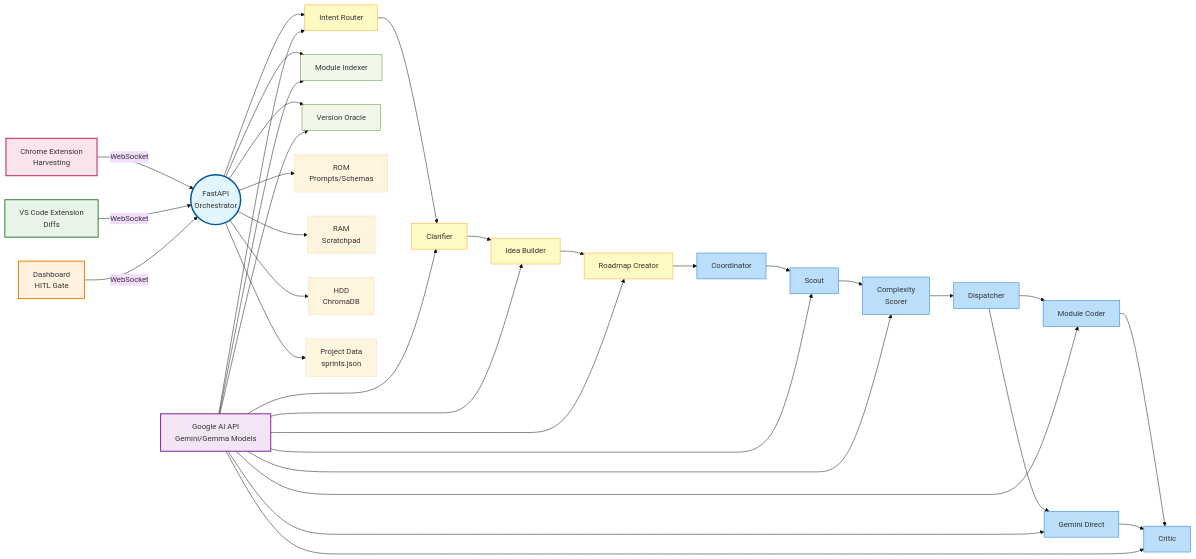
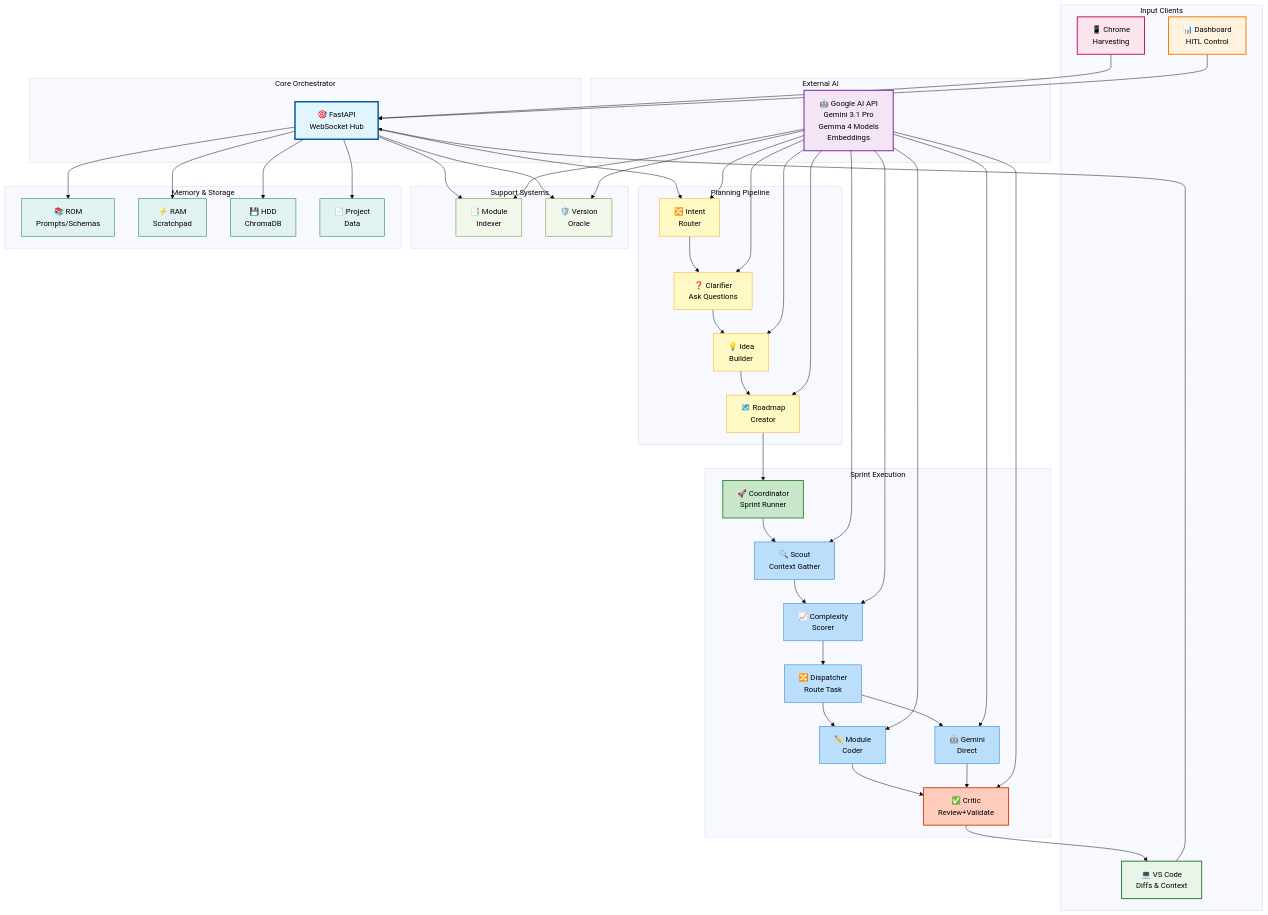
One commit to StudentBroken/D0mmy changed the diagram in README.md. Above: the diagram before and after it, drawn with Mermaid (base theme).

Commit message:
feat: enhance architecture diagram in README.md to improve clarity and detail of system components

````diff
--- a/README.md
+++ b/README.md
@@ -15,45 +15,61 @@
 ```mermaid
-graph LR
-    GA[Google AI API<br/>Gemini/Gemma Models]
+graph TD
+    subgraph "Input Clients"
+        CE["📱 Chrome<br/>Harvesting"]
+        VSC["💻 VS Code<br/>Diffs & Context"]
+        DB["📊 Dashboard<br/>HITL Control"]
+    end
     
-    CE[Chrome Extension<br/>Harvesting]
-    VSC[VS Code Extension<br/>Diffs]
-    DB[Dashboard<br/>HITL Gate]
+    subgraph "Core Orchestrator"
+        FO["🎯 FastAPI<br/>WebSocket Hub"]
+    end
     
-    ce((FastAPI<br/>Orchestrator))
+    subgraph "Planning Pipeline"
+        IR["🔀 Intent<br/>Router"]
+        CL["❓ Clarifier<br/>Ask Questions"]
+        IB["💡 Idea<br/>Builder"]
+        RC["🗺️ Roadmap<br/>Creator"]
+    end
     
-    IR[Intent Router]
-    CL[Clarifier]
-    IB[Idea Builder]
-    RC[Roadmap Creator]
+    subgraph "Sprint Execution"
+        CO["🚀 Coordinator<br/>Sprint Runner"]
+        SC["🔍 Scout<br/>Context Gather"]
+        CS["📈 Complexity<br/>Scorer"]
+        DP["🔀 Dispatcher<br/>Route Task"]
+        MC["✏️ Module<br/>Coder"]
+        GD["🤖 Gemini<br/>Direct"]
+        CR["✅ Critic<br/>Review+Validate"]
+    end
     
-    CO[Coordinator]
-    SC[Scout]
-    CS[Complexity<br/>Scorer]
-    DP[Dispatcher]
-    MC[Module Coder]
-    GD[Gemini Direct]
-    CR[Critic]
+    subgraph "Support Systems"
+        MI["📑 Module<br/>Indexer"]
+        VO["🛡️ Version<br/>Oracle"]
+    end
     
-    MI[Module Indexer]
-    VO[Version Oracle]
+    subgraph "Memory & Storage"
+        ROM["📚 ROM<br/>Prompts/Schemas"]
+        RAM["⚡ RAM<br/>Scratchpad"]
+        HDD["💾 HDD<br/>ChromaDB"]
+        PD["📄 Project<br/>Data"]
+    end
     
-    ROM["ROM<br/>Prompts/Schemas"]
-    RAM["RAM<br/>Scratchpad"]
-    HDD["HDD<br/>ChromaDB"]
+    subgraph "External AI"
+        GA["🤖 Google AI API<br/>Gemini 3.1 Pro<br/>Gemma 4 Models<br/>Embeddings"]
+    end
     
-    PD["Project Data<br/>sprints.json"]
+    %% Input to Orchestrator
+    CE --> FO
+    VSC --> FO
+    DB --> FO
     
-    CE -->|WebSocket| ce
-    VSC -->|WebSocket| ce
-    DB -->|WebSocket| ce
-    
-    ce --> IR
+    %% Planning Pipeline
+    FO --> IR
     IR --> CL
     CL --> IB
     IB --> RC
+    RC --> CO
     
-    RC --> CO
+    %% Execution Pipeline
     CO --> SC
     SC --> CS
     CS --> DP
@@ -61,14 +77,19 @@
     DP --> GD
     MC --> CR
     GD --> CR
+    CR --> VSC
     
-    ce --> MI
-    ce --> VO
-    ce --> ROM
-    ce --> RAM
-    ce --> HDD
-    ce --> PD
+    %% Memory Access
+    FO --> ROM
+    FO --> RAM
+    FO --> HDD
+    FO --> PD
     
+    %% Support Systems
+    FO --> MI
+    FO --> VO
+    
+    %% AI Service Connections
     GA --> IR
     GA --> CL
     GA --> IB
@@ -81,22 +102,27 @@
     GA --> MI
     GA --> VO
     
-    style ce fill:#e1f5fe,stroke:#01579b,stroke-width:3px
-    style GA fill:#f3e5f5,stroke:#7b1fa2,stroke-width:2px
-    style VSC fill:#e8f5e8,stroke:#2e7d32,stroke-width:2px
-    style DB fill:#fff3e0,stroke:#f57c00,stroke-width:2px
-    style CE fill:#fce4ec,stroke:#c2185b,stroke-width:2px
-    style IR fill:#fff9c4,stroke:#f9a825
-    style CL fill:#fff9c4,stroke:#f9a825
-    style IB fill:#fff9c4,stroke:#f9a825
-    style RC fill:#fff9c4,stroke:#f9a825
-    style CO fill:#bbdefb,stroke:#1976d2
-    style SC fill:#bbdefb,stroke:#1976d2
-    style CS fill:#bbdefb,stroke:#1976d2
-    style DP fill:#bbdefb,stroke:#1976d2
-    style MC fill:#bbdefb,stroke:#1976d2
-    style GD fill:#bbdefb,stroke:#1976d2
-    style CR fill:#bbdefb,stroke:#1976d2
-    style MI fill:#f1f8e9,stroke:#558b2f
-    style VO fill:#f1f8e9,stroke:#558b2f
+    %% Styling
+    style FO fill:#e1f5fe,stroke:#01579b,stroke-width:3px,color:#000
+    style GA fill:#f3e5f5,stroke:#7b1fa2,stroke-width:2px,color:#000
+    style CE fill:#fce4ec,stroke:#c2185b,stroke-width:2px,color:#000
+    style VSC fill:#e8f5e8,stroke:#2e7d32,stroke-width:2px,color:#000
+    style DB fill:#fff3e0,stroke:#f57c00,stroke-width:2px,color:#000
+    style IR fill:#fff9c4,stroke:#f9a825,color:#000
+    style CL fill:#fff9c4,stroke:#f9a825,color:#000
+    style IB fill:#fff9c4,stroke:#f9a825,color:#000
+    style RC fill:#fff9c4,stroke:#f9a825,color:#000
+    style CO fill:#c8e6c9,stroke:#388e3c,stroke-width:2px,color:#000
+    style SC fill:#bbdefb,stroke:#1976d2,color:#000
+    style CS fill:#bbdefb,stroke:#1976d2,color:#000
+    style DP fill:#bbdefb,stroke:#1976d2,color:#000
+    style MC fill:#bbdefb,stroke:#1976d2,color:#000
+    style GD fill:#bbdefb,stroke:#1976d2,color:#000
+    style CR fill:#ffccbc,stroke:#d84315,stroke-width:2px,color:#000
+    style MI fill:#f1f8e9,stroke:#558b2f,color:#000
+    style VO fill:#f1f8e9,stroke:#558b2f,color:#000
+    style ROM fill:#e0f2f1,stroke:#00695c,color:#000
+    style RAM fill:#e0f2f1,stroke:#00695c,color:#000
+    style HDD fill:#e0f2f1,stroke:#00695c,color:#000
+    style PD fill:#e0f2f1,stroke:#00695c,color:#000
 ```
````
